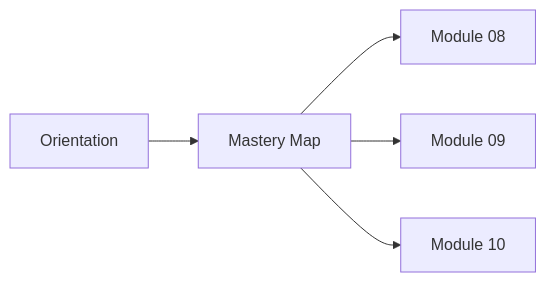
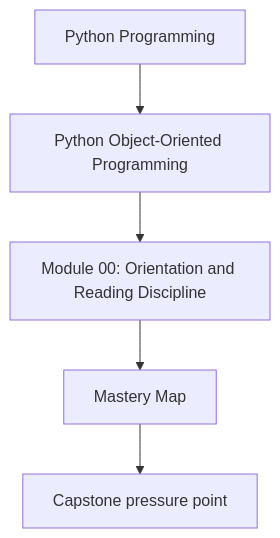
Before and after one commit to bijux/bijux-masterclass: the first of 2 diagrams in programs/python-programming/python-object-oriented-programming/course-book/module-00-orientation/mastery-map.md, drawn with Mermaid. The commit also changed other lines of this file and 107 other files, not shown here.

Commit message:
docs(python-object-oriented-programming): align concept page diagrams

````diff
--- a/programs/python-programming/python-object-oriented-programming/course-book/module-00-orientation/mastery-map.md
+++ b/programs/python-programming/python-object-oriented-programming/course-book/module-00-orientation/mastery-map.md
@@ -6,13 +6,7 @@
 ```mermaid
-graph LR
-  orientation["Orientation"]
-  page["Mastery Map"]
-  m8["Module 08"]
-  m9["Module 09"]
-  m10["Module 10"]
-
-  orientation --> page
-  page --> m8
-  page --> m9
-  page --> m10
+flowchart TD
+  family["Python Programming"] --> program["Python Object-Oriented Programming"]
+  program --> module["Module 00: Orientation and Reading Discipline"]
+  module --> concept["Mastery Map"]
+  concept --> capstone["Capstone pressure point"]
 ```
````
